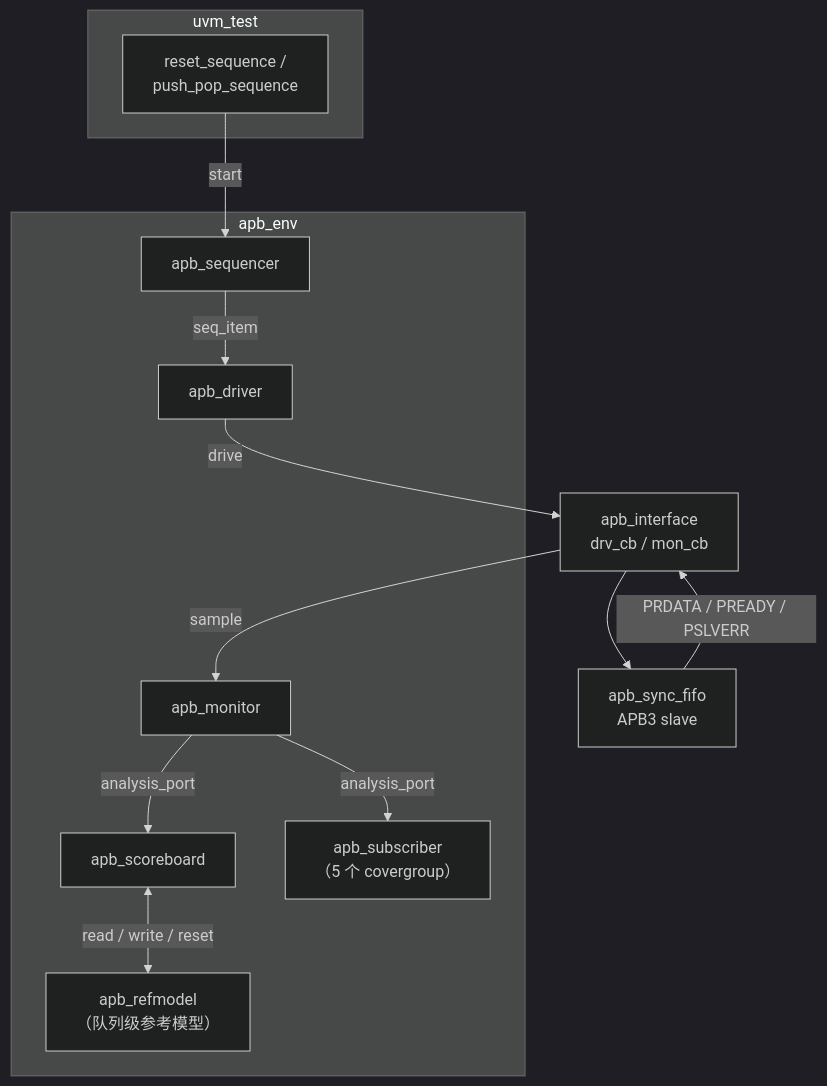
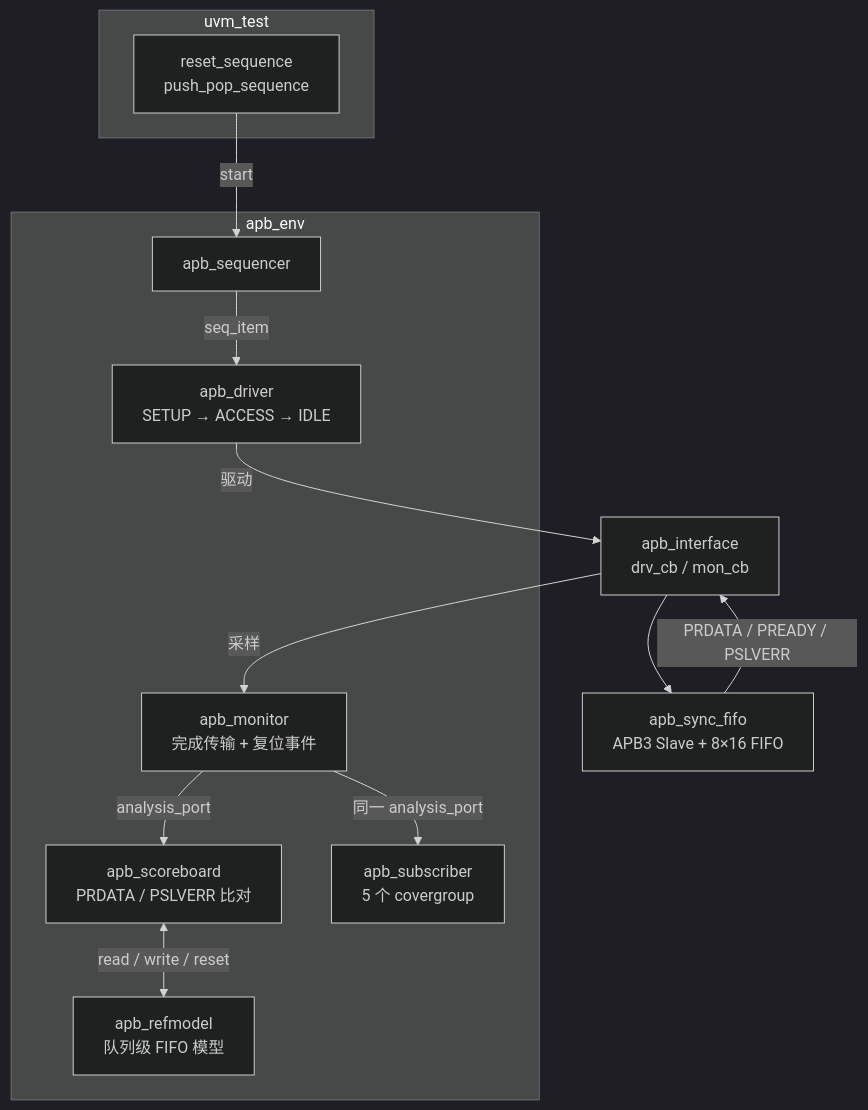
Before and after one commit to K-BreezeMu/APB_FIFO: the diagram in README.md, drawn with Mermaid (dark theme). The commit also changed other lines of this file, not shown here.

````diff
--- a/README.md
+++ b/README.md
@@ -107,28 +82,28 @@
 ```mermaid
-graph TB
+flowchart TB
     subgraph TEST["uvm_test"]
-        SEQ["reset_sequence /<br/>push_pop_sequence"]
+        SEQ["reset_sequence<br/>push_pop_sequence"]
     end
 
     subgraph ENV["apb_env"]
-        SEQNR["apb_sequencer"]
-        DRV["apb_driver"]
-        MON["apb_monitor"]
-        SCB["apb_scoreboard"]
-        REF["apb_refmodel<br/>（队列级参考模型）"]
-        COV["apb_subscriber<br/>（5 个 covergroup）"]
+        SEQR["apb_sequencer"]
+        DRV["apb_driver<br/>SETUP → ACCESS → IDLE"]
+        MON["apb_monitor<br/>完成传输 + 复位事件"]
+        SCB["apb_scoreboard<br/>PRDATA / PSLVERR 比对"]
+        REF["apb_refmodel<br/>队列级 FIFO 模型"]
+        COV["apb_subscriber<br/>5 个 covergroup"]
     end
 
     IF["apb_interface<br/>drv_cb / mon_cb"]
-    DUT["apb_sync_fifo<br/>APB3 slave"]
+    DUT["apb_sync_fifo<br/>APB3 Slave + 8×16 FIFO"]
 
-    SEQ -->|start| SEQNR
-    SEQNR -->|seq_item| DRV
-    DRV -->|drive| IF
+    SEQ -->|"start"| SEQR
+    SEQR -->|"seq_item"| DRV
+    DRV -->|"驱动"| IF
     IF --> DUT
-    DUT -->|PRDATA / PREADY / PSLVERR| IF
-    IF -->|sample| MON
-    MON -->|analysis_port| SCB
-    MON -->|analysis_port| COV
-    SCB <-->|read / write / reset| REF
+    DUT -->|"PRDATA / PREADY / PSLVERR"| IF
+    IF -->|"采样"| MON
+    MON -->|"analysis_port"| SCB
+    MON -->|"同一 analysis_port"| COV
+    SCB <-->|"read / write / reset"| REF
 ```
````
